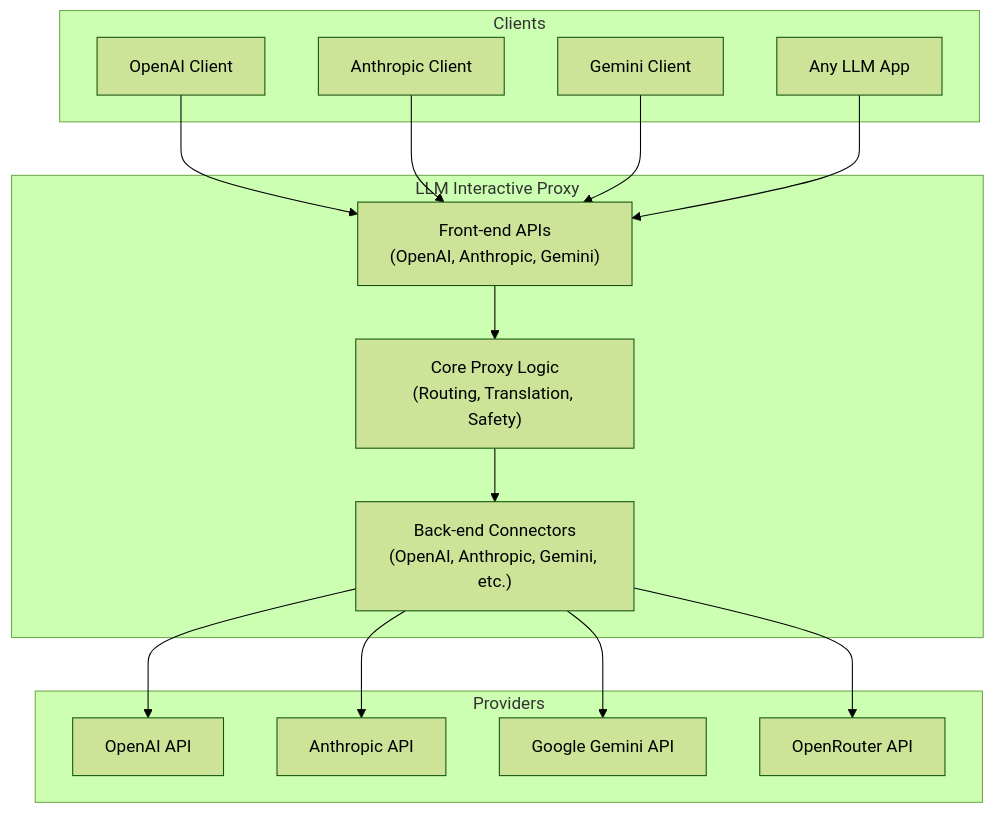
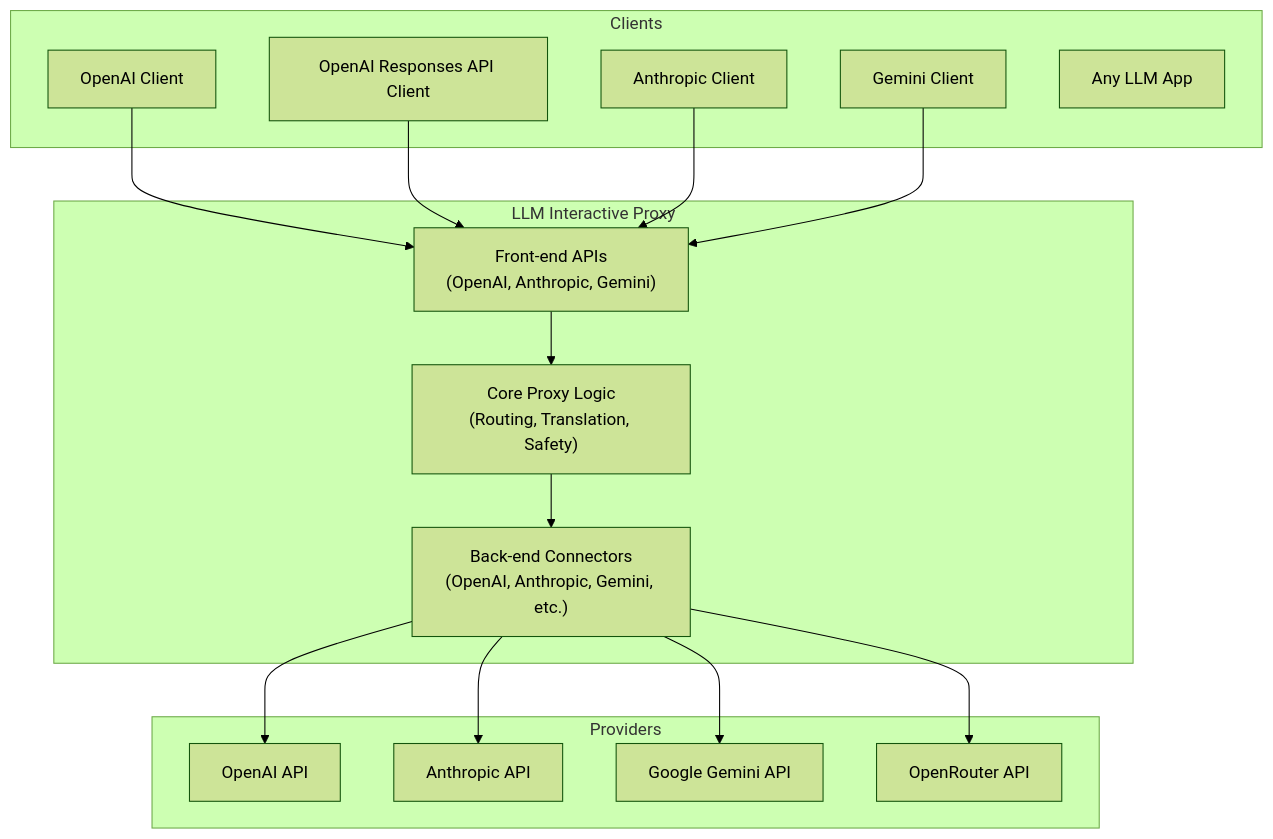
One commit to matdev83/llm-interactive-proxy changed the diagram in README.md. Above: the diagram before and after it, drawn with Mermaid (forest theme). The commit also changed 179 other files, not shown here.

````diff
--- a/README.md
+++ b/README.md
@@ -13,32 +13,33 @@
 ```mermaid
 graph TD
     subgraph "Clients"
         A[OpenAI Client]
-        B[Anthropic Client]
-        C[Gemini Client]
-        D[Any LLM App]
+        B[OpenAI Responses API Client]
+        C[Anthropic Client]
+        D[Gemini Client]
+        E[Any LLM App]
     end
 
     subgraph "LLM Interactive Proxy"
         FE["Front-end APIs<br/>(OpenAI, Anthropic, Gemini)"]
         Core["Core Proxy Logic<br/>(Routing, Translation, Safety)"]
         BE["Back-end Connectors<br/>(OpenAI, Anthropic, Gemini, etc.)"]
         FE --> Core --> BE
     end
 
     subgraph "Providers"
         P1[OpenAI API]
         P2[Anthropic API]
         P3[Google Gemini API]
         P4[OpenRouter API]
     end
 
     A --> FE
     B --> FE
     C --> FE
     D --> FE
     BE --> P1
     BE --> P2
     BE --> P3
     BE --> P4
 ```
````
